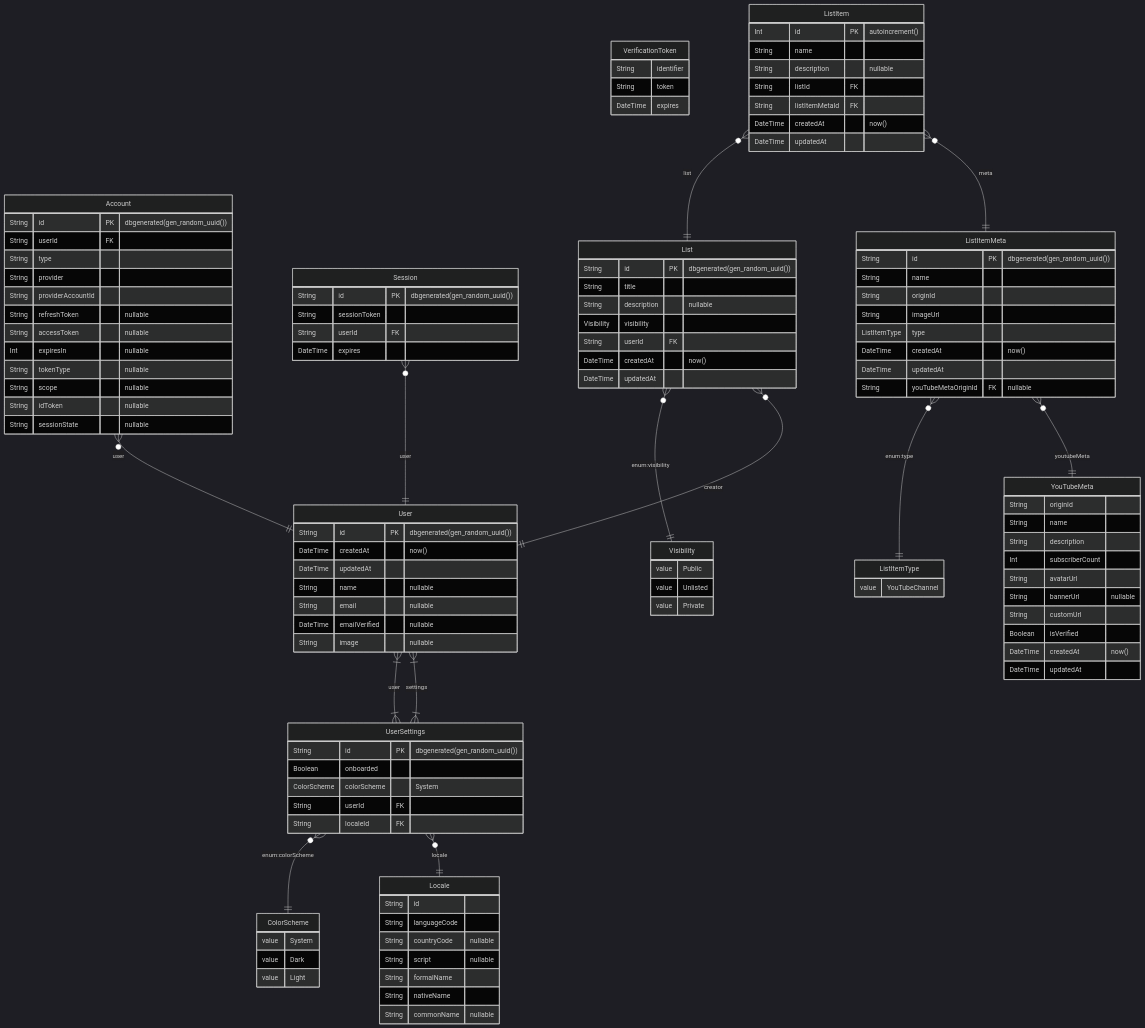
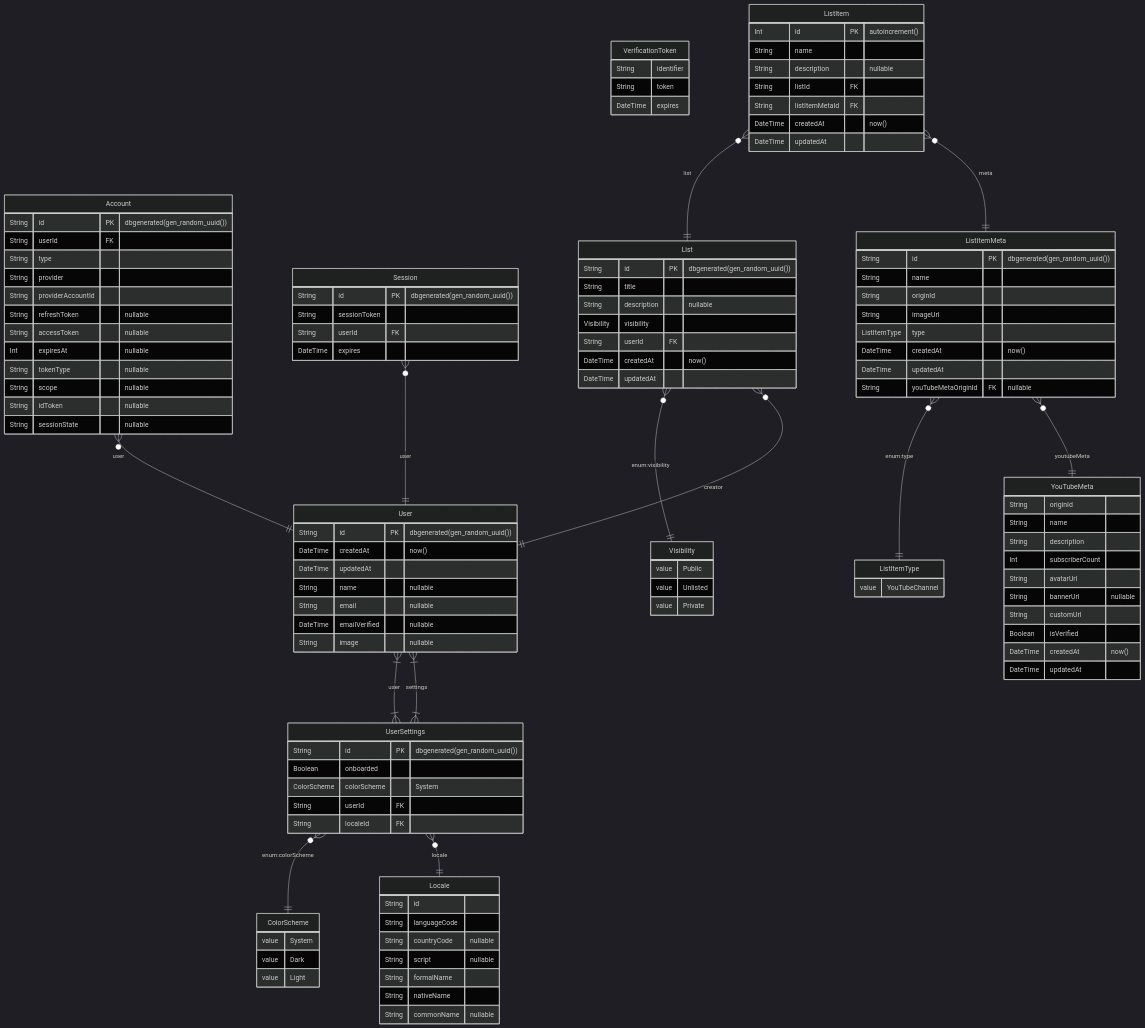
The diagram in prisma/ERD.md (CodingGarden/listd), drawn with Mermaid (dark theme) before and after one commit. The commit also changed 16 other files, not shown here.

```diff
--- a/prisma/ERD.md
+++ b/prisma/ERD.md
@@ -46,7 +46,7 @@
 		String providerAccountId
 		String refreshToken  "nullable"
 		String accessToken  "nullable"
-		Int expiresIn  "nullable"
+		Int expiresAt  "nullable"
 		String tokenType  "nullable"
 		String scope  "nullable"
 		String idToken  "nullable"
```
